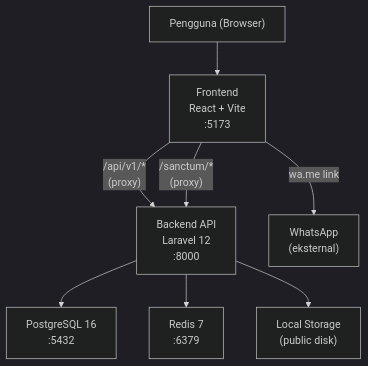
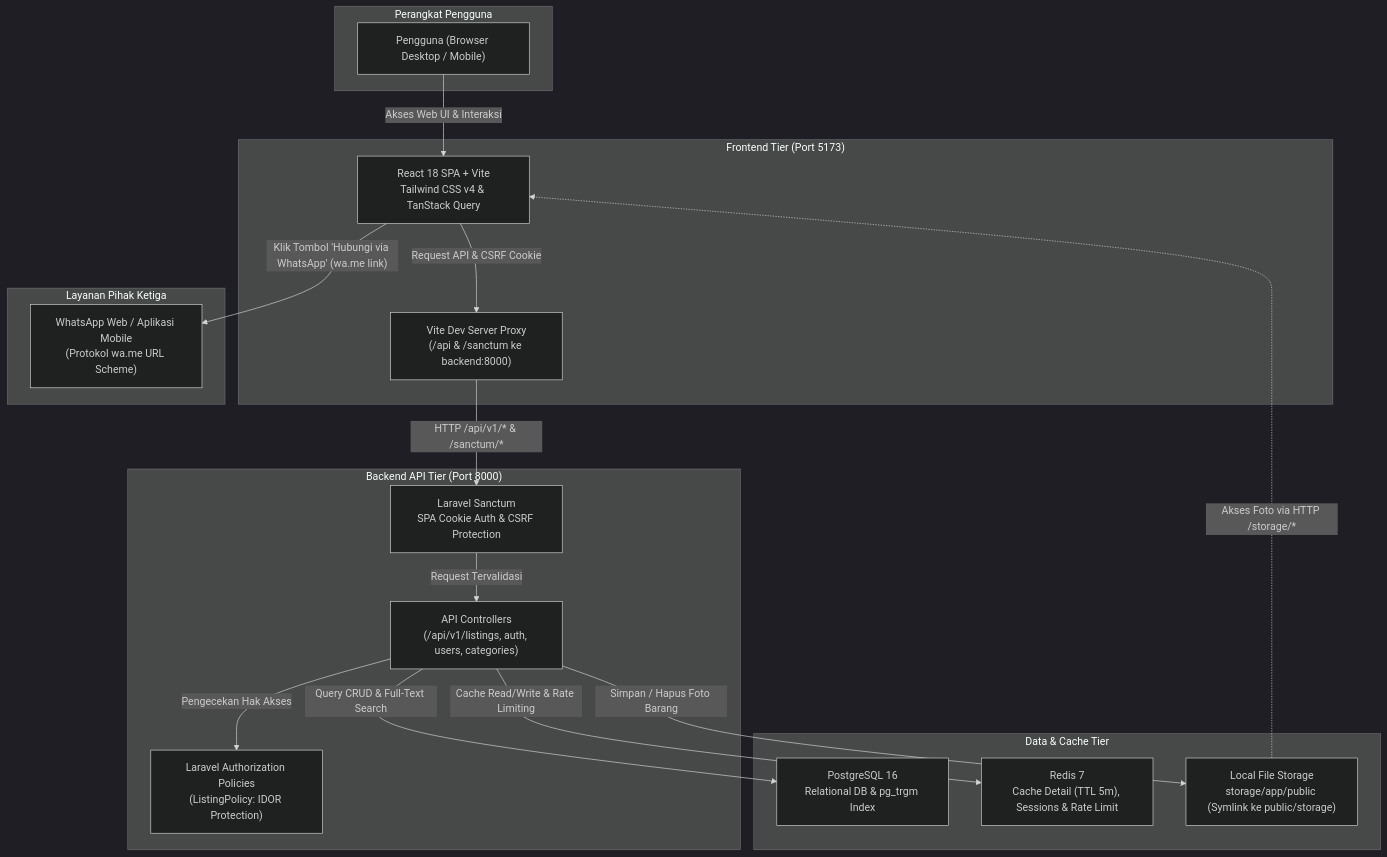
Before and after one commit to ZuPPABae/gits-secondhand-marketplace: the diagram in docs/architecture-app.md, drawn with Mermaid (dark theme). The commit also changed other lines of this file and 1 other file, not shown here.

Commit message:
docs: add application and infrastructure architecture

````diff
--- a/docs/architecture-app.md
+++ b/docs/architecture-app.md
@@ -7,18 +11,43 @@
 ```mermaid
 flowchart TD
-    User["Pengguna (Browser)"]
-    FE["Frontend\nReact + Vite\n:5173"]
-    API["Backend API\nLaravel 12\n:8000"]
-    DB["PostgreSQL 16\n:5432"]
-    Cache["Redis 7\n:6379"]
-    Storage["Local Storage\n(public disk)"]
-    WA["WhatsApp\n(eksternal)"]
-    
-    User --> FE
-    FE -->|"/api/v1/*\n(proxy)"| API
-    FE -->|"/sanctum/*\n(proxy)"| API
-    API --> DB
-    API --> Cache
-    API --> Storage
-    FE -->|"wa.me link"| WA
+    subgraph Klien["Perangkat Pengguna"]
+        User["Pengguna (Browser Desktop / Mobile)"]
+    end
+
+    subgraph FrontendTier["Frontend Tier (Port 5173)"]
+        SPA["React 18 SPA + Vite\nTailwind CSS v4 & TanStack Query"]
+        Proxy["Vite Dev Server Proxy\n(/api & /sanctum ke backend:8000)"]
+    end
+
+    subgraph BackendTier["Backend API Tier (Port 8000)"]
+        Sanctum["Laravel Sanctum\nSPA Cookie Auth & CSRF Protection"]
+        Controllers["API Controllers\n(/api/v1/listings, auth, users, categories)"]
+        Policies["Laravel Authorization Policies\n(ListingPolicy: IDOR Protection)"]
+    end
+
+    subgraph DataStorageTier["Data & Cache Tier"]
+        DB["PostgreSQL 16\nRelational DB & pg_trgm Index"]
+        Redis["Redis 7\nCache Detail (TTL 5m), Sessions & Rate Limit"]
+        LocalStorage["Local File Storage\nstorage/app/public (Symlink ke public/storage)"]
+    end
+
+    subgraph ExternalTier["Layanan Pihak Ketiga"]
+        WhatsApp["WhatsApp Web / Aplikasi Mobile\n(Protokol wa.me URL Scheme)"]
+    end
+
+    %% Relasi Alur Pengguna
+    User -->|"Akses Web UI & Interaksi"| SPA
+    SPA -->|"Request API & CSRF Cookie"| Proxy
+    Proxy -->|"HTTP /api/v1/* & /sanctum/*"| Sanctum
+    Sanctum -->|"Request Tervalidasi"| Controllers
+    Controllers -->|"Pengecekan Hak Akses"| Policies
+
+    %% Interaksi Backend ke Datastore
+    Controllers -->|"Query CRUD & Full-Text Search"| DB
+    Controllers -->|"Cache Read/Write & Rate Limiting"| Redis
+    Controllers -->|"Simpan / Hapus Foto Barang"| LocalStorage
+
+    %% Relasi Eksternal
+    SPA -->|"Klik Tombol 'Hubungi via WhatsApp' (wa.me link)"| WhatsApp
+    LocalStorage -.->|"Akses Foto via HTTP /storage/*"| SPA
 ```
````
